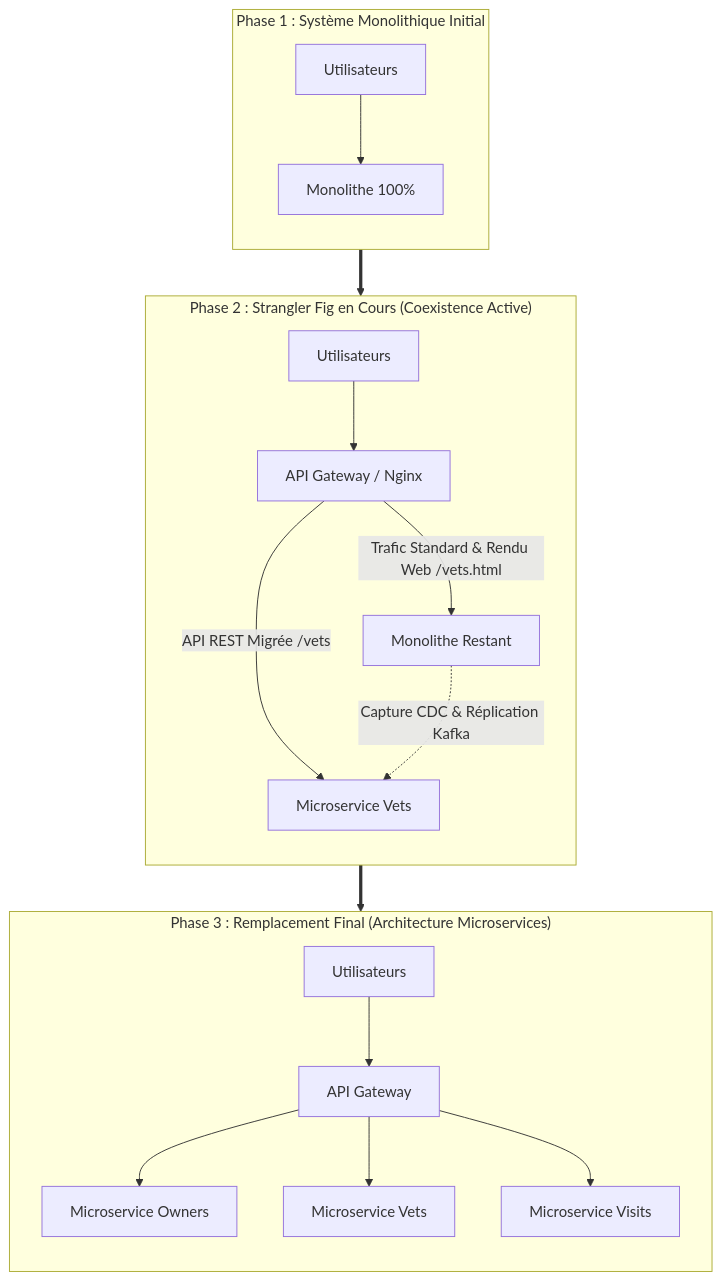
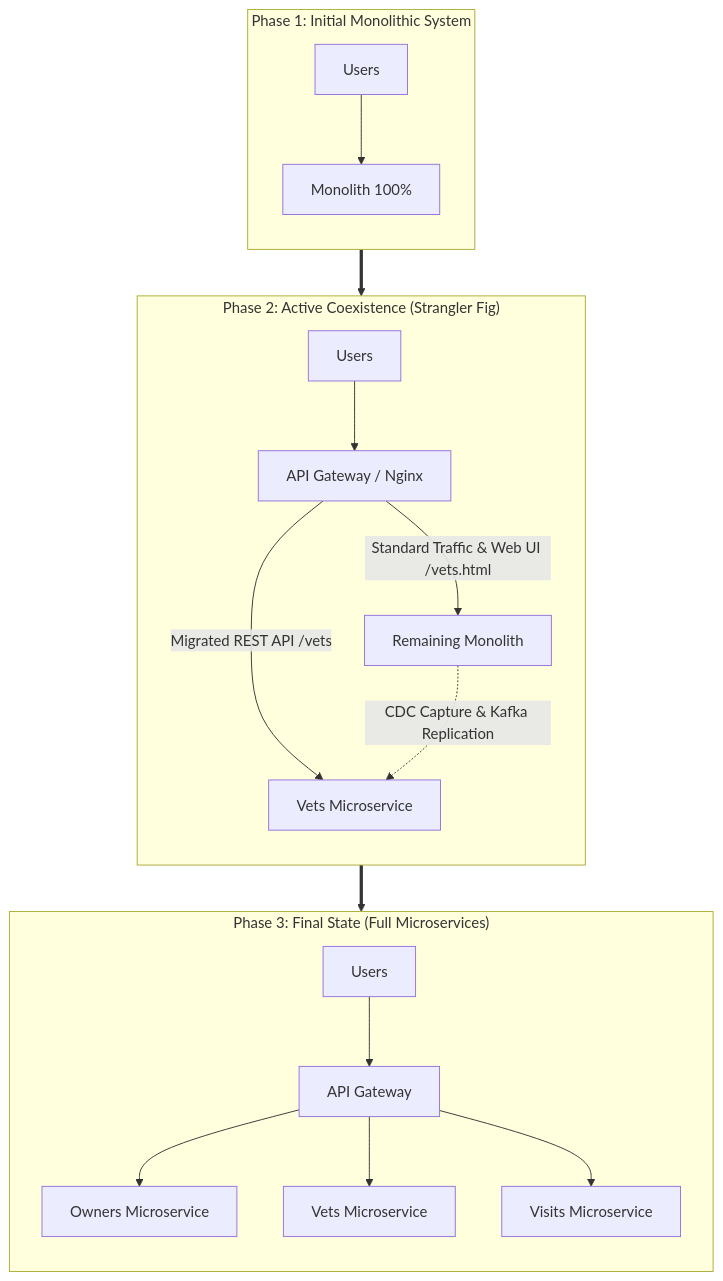
The second of 9 diagrams in README.md (abdochiguer/Monolith-to-Microservices-Migration), drawn with Mermaid before and after one commit. The commit also changed other lines of this file, not shown here.

````diff
--- a/README.md
+++ b/README.md
@@ -85,25 +83,25 @@
 ```mermaid
 flowchart TD
-    subgraph P1["Phase 1 : Système Monolithique Initial"]
+    subgraph P1["Phase 1: Initial Monolithic System"]
         direction TB
-        U1[Utilisateurs] --> M1[Monolithe 100%]
+        U1[Users] --> M1[Monolith 100%]
     end
 
-    subgraph P2["Phase 2 : Strangler Fig en Cours (Coexistence Active)"]
+    subgraph P2["Phase 2: Active Coexistence (Strangler Fig)"]
         direction TB
-        U2[Utilisateurs] --> GW[API Gateway / Nginx]
-        GW -->|Trafic Standard & Rendu Web /vets.html| M2[Monolithe Restant]
-        GW -->|API REST Migrée /vets| MS[Microservice Vets]
-        M2 -.->|Capture CDC & Réplication Kafka| MS
+        U2[Users] --> GW[API Gateway / Nginx]
+        GW -->|Standard Traffic & Web UI /vets.html| M2[Remaining Monolith]
+        GW -->|Migrated REST API /vets| MS[Vets Microservice]
+        M2 -.->|CDC Capture & Kafka Replication| MS
     end
 
-    subgraph P3["Phase 3 : Remplacement Final (Architecture Microservices)"]
+    subgraph P3["Phase 3: Final State (Full Microservices)"]
         direction TB
-        U3[Utilisateurs] --> GW3[API Gateway]
-        GW3 --> S1[Microservice Owners]
-        GW3 --> S2[Microservice Vets]
-        GW3 --> S3[Microservice Visits]
+        U3[Users] --> GW3[API Gateway]
+        GW3 --> S1[Owners Microservice]
+        GW3 --> S2[Vets Microservice]
+        GW3 --> S3[Visits Microservice]
     end
 
     P1 ==> P2 ==> P3
 ```
````
